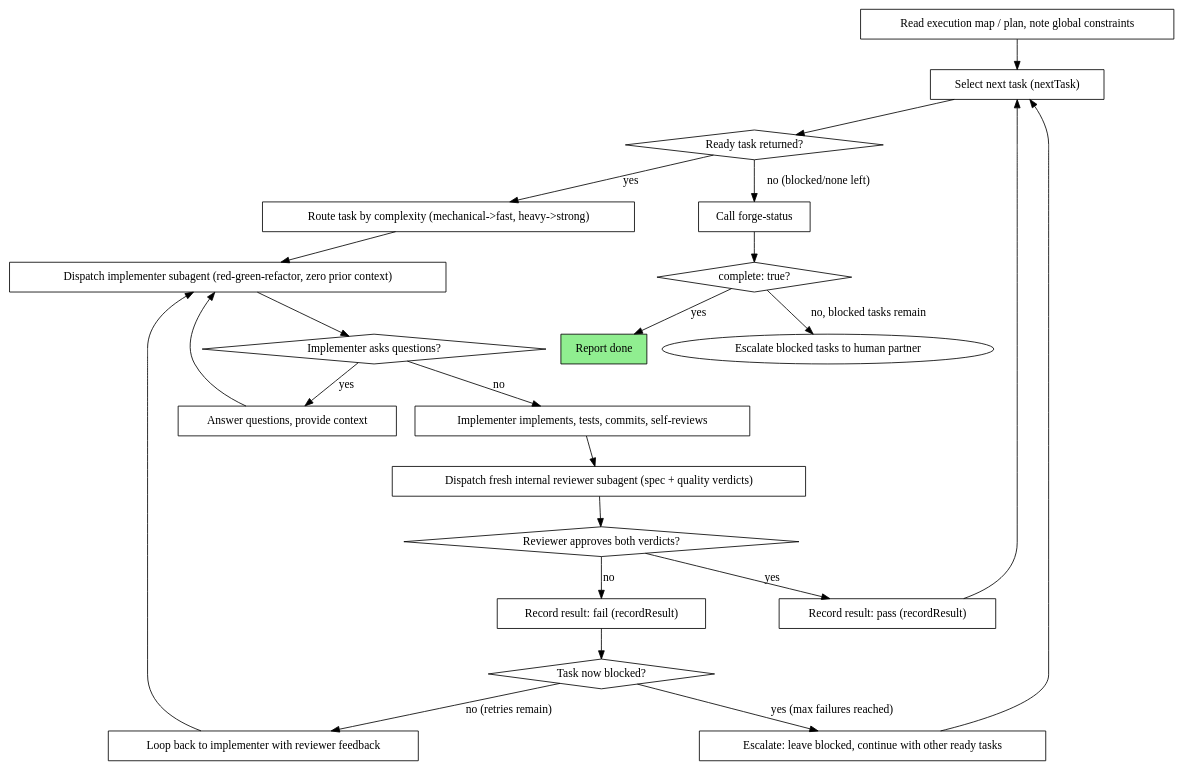
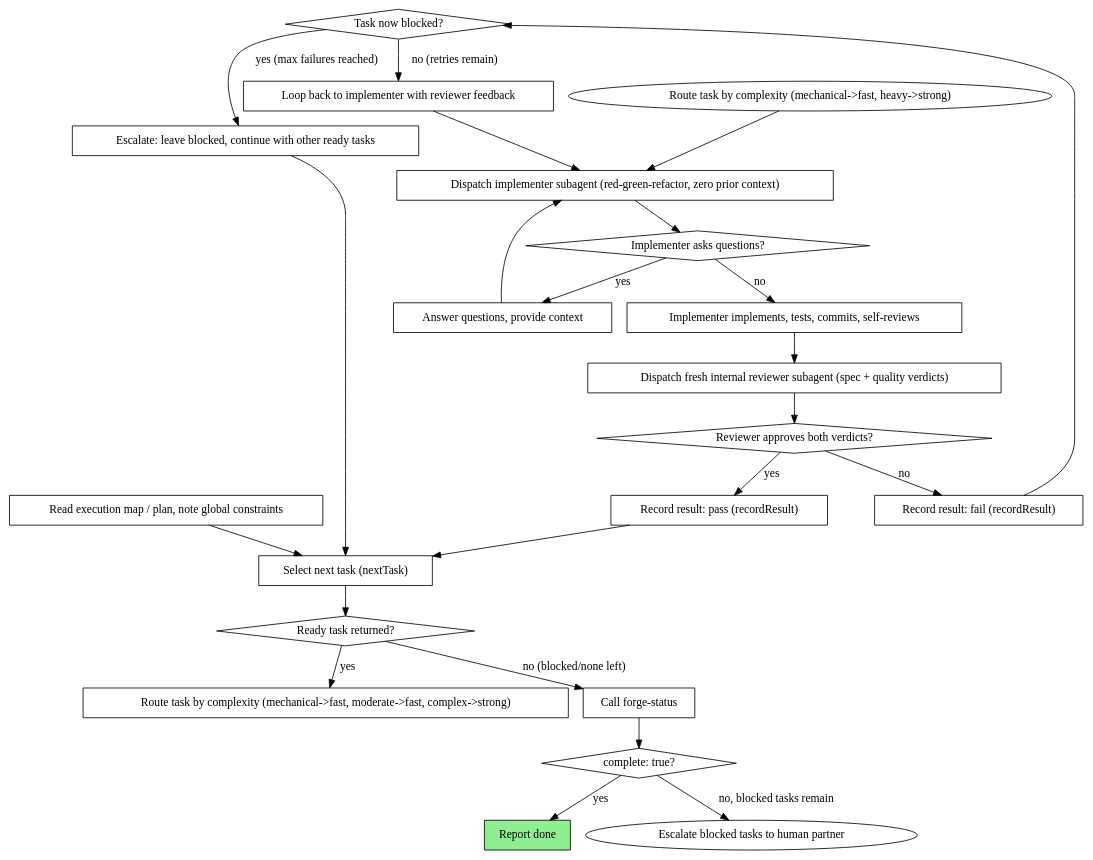
One commit to anupam20sep/superspec changed the diagram in content/skills/superspec-forge/SKILL.md. Above: the diagram before and after it, drawn with Graphviz. The commit also changed other lines of this file and 2 other files, not shown here.

Commit message:
content: complete complexity vocabulary fix (heavy->complex, add moderate) in routing/execution consumer files (final review round 2 finding)

````diff
--- a/content/skills/superspec-forge/SKILL.md
+++ b/content/skills/superspec-forge/SKILL.md
@@ -43,47 +43,47 @@
 ```dot
 digraph process {
     rankdir=TB;
 
     "Read execution map / plan, note global constraints" [shape=box];
     "Select next task (nextTask)" [shape=box];
     "Ready task returned?" [shape=diamond];
-    "Route task by complexity (mechanical->fast, heavy->strong)" [shape=box];
+    "Route task by complexity (mechanical->fast, moderate->fast, complex->strong)" [shape=box];
     "Dispatch implementer subagent (red-green-refactor, zero prior context)" [shape=box];
     "Implementer asks questions?" [shape=diamond];
     "Answer questions, provide context" [shape=box];
     "Implementer implements, tests, commits, self-reviews" [shape=box];
     "Dispatch fresh internal reviewer subagent (spec + quality verdicts)" [shape=box];
     "Reviewer approves both verdicts?" [shape=diamond];
     "Record result: fail (recordResult)" [shape=box];
     "Task now blocked?" [shape=diamond];
     "Escalate: leave blocked, continue with other ready tasks" [shape=box];
     "Loop back to implementer with reviewer feedback" [shape=box];
     "Record result: pass (recordResult)" [shape=box];
     "Call forge-status" [shape=box];
     "complete: true?" [shape=diamond];
     "Report done" [shape=box style=filled fillcolor=lightgreen];
 
     "Read execution map / plan, note global constraints" -> "Select next task (nextTask)";
     "Select next task (nextTask)" -> "Ready task returned?";
-    "Ready task returned?" -> "Route task by complexity (mechanical->fast, heavy->strong)" [label="yes"];
+    "Ready task returned?" -> "Route task by complexity (mechanical->fast, moderate->fast, complex->strong)" [label="yes"];
     "Ready task returned?" -> "Call forge-status" [label="no (blocked/none left)"];
     "Route task by complexity (mechanical->fast, heavy->strong)" -> "Dispatch implementer subagent (red-green-refactor, zero prior context)";
     "Dispatch implementer subagent (red-green-refactor, zero prior context)" -> "Implementer asks questions?";
     "Implementer asks questions?" -> "Answer questions, provide context" [label="yes"];
     "Answer questions, provide context" -> "Dispatch implementer subagent (red-green-refactor, zero prior context)";
     "Implementer asks questions?" -> "Implementer implements, tests, commits, self-reviews" [label="no"];
     "Implementer implements, tests, commits, self-reviews" -> "Dispatch fresh internal reviewer subagent (spec + quality verdicts)";
     "Dispatch fresh internal reviewer subagent (spec + quality verdicts)" -> "Reviewer approves both verdicts?";
     "Reviewer approves both verdicts?" -> "Record result: fail (recordResult)" [label="no"];
     "Record result: fail (recordResult)" -> "Task now blocked?";
     "Task now blocked?" -> "Escalate: leave blocked, continue with other ready tasks" [label="yes (max failures reached)"];
     "Task now blocked?" -> "Loop back to implementer with reviewer feedback" [label="no (retries remain)"];
     "Loop back to implementer with reviewer feedback" -> "Dispatch implementer subagent (red-green-refactor, zero prior context)";
     "Reviewer approves both verdicts?" -> "Record result: pass (recordResult)" [label="yes"];
     "Record result: pass (recordResult)" -> "Select next task (nextTask)";
     "Escalate: leave blocked, continue with other ready tasks" -> "Select next task (nextTask)";
     "Call forge-status" -> "complete: true?";
     "complete: true?" -> "Report done" [label="yes"];
     "complete: true?" -> "Escalate blocked tasks to human partner" [label="no, blocked tasks remain" shape=box];
 }
 ```
````
